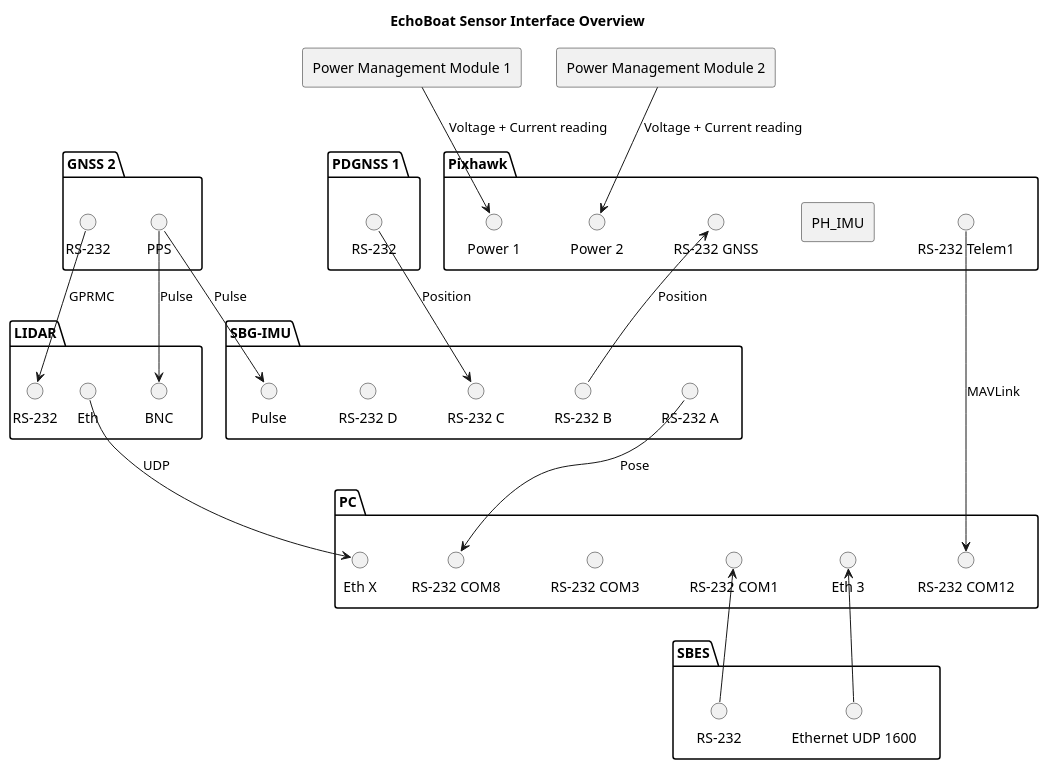
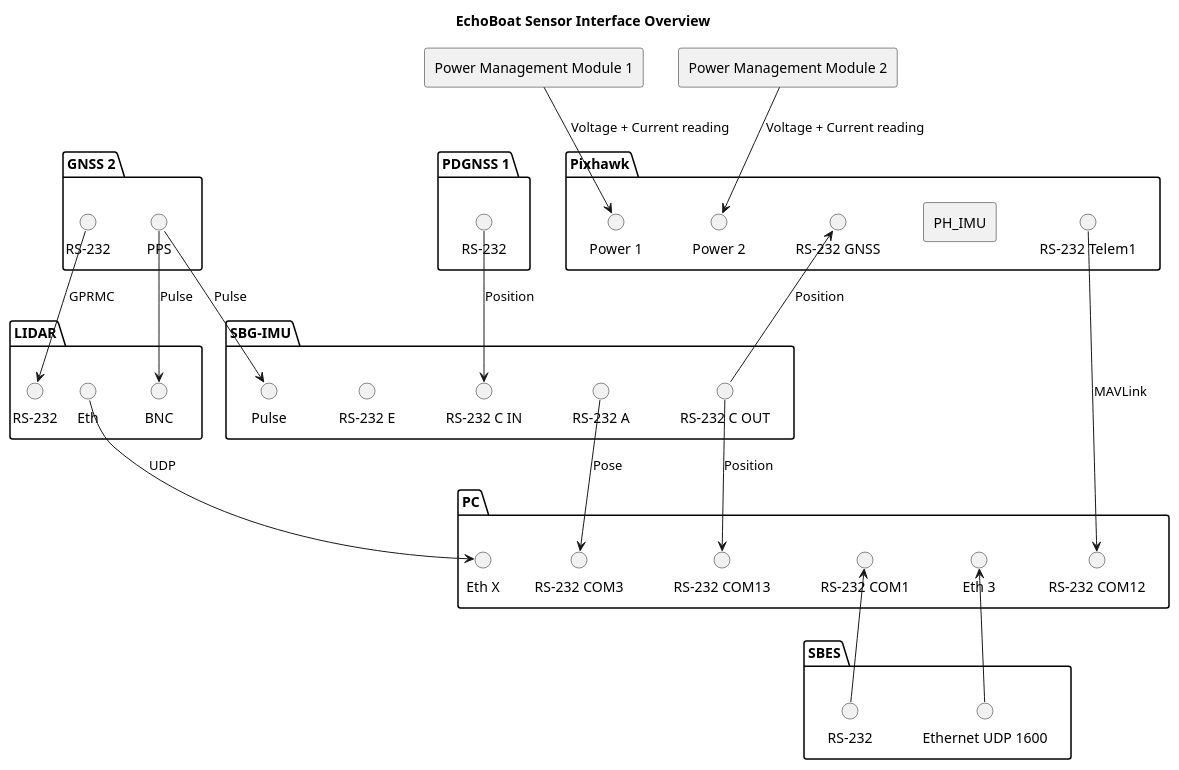
One commit to MalteBiermann/EchoBoat changed the diagram in schemes/overview/overview_sensor_interfaces.plantuml. Above: the diagram before and after it, drawn with PlantUML. The commit also changed 1 other file, not shown here.

```diff
--- a/schemes/overview/overview_sensor_interfaces.plantuml
+++ b/schemes/overview/overview_sensor_interfaces.plantuml
@@ -1,73 +1,74 @@
 @startuml
 title "EchoBoat Sensor Interface Overview"
 skinparam componentStyle rectangle
 ' skinparam linetype ortho
 
 package "SBES"{
     () "Ethernet UDP 1600" as SBESUDP
     () "RS-232" as SBESRS232
 }
 
 package "Pixhawk" {
     component "PH_IMU" as PHIMU
     () "RS-232 Telem1" as PHTelem1
     () "RS-232 GNSS" as PHGPS
     () "Power 1" as PHPM1
     () "Power 2" as PHPM2
 }
 
 package "PC" {
     () "RS-232 COM1" as PC1
     () "RS-232 COM3" as PC3
-    () "RS-232 COM8" as PC8
     () "RS-232 COM12" as PC12
+    () "RS-232 COM13" as PC13
     () "Eth 3" as PCETHER3
     () "Eth X" as PCETHERX
 }
 
 together {
     component "Power Management Module 1" as PM1
     component "Power Management Module 2" as PM2
 }
 
 package "PDGNSS 1" {
     () "RS-232" as GNSS
 }
 
 package "GNSS 2" {
     () "PPS" as PPS
     () "RS-232" as GPRMC
 }
 
 package "SBG-IMU" {
     () "RS-232 A" as SBGA
-    () "RS-232 B" as SBGB
-    () "RS-232 C" as SBGC
-    () "RS-232 D" as SBGD
+    () "RS-232 C IN" as SBGCIN
+    () "RS-232 C OUT" as SBGCOUT
+    () "RS-232 E" as SBGD
     () "Pulse" as SBGPPS
 }
 
 package "LIDAR" {
     () "Eth" as LIDARETH
     () "BNC" as LIDARPPS
     () "RS-232" as LIDARGPS
 }
 
 SBESUDP -up-> PCETHER3
 SBESRS232 -up-> PC1
 PHTelem1 -down-> PC12 : MAVLink
 PM1 -down-> PHPM1 : Voltage + Current reading
 PM2 -down-> PHPM2 : Voltage + Current reading
 
-SBGA -down-> PC8 : Pose
-SBGB -up-> PHGPS : Position
-GNSS -down-> SBGC : Position
+SBGA -down-> PC3 : Pose
+SBGCOUT -down-> PC13 : Position
+SBGCOUT -up-> PHGPS : Position
+GNSS -down-> SBGCIN : Position
 
 PPS -down-> LIDARPPS : Pulse
 PPS -down-> SBGPPS : Pulse
 GPRMC -> LIDARGPS : GPRMC
 
 LIDARETH -> PCETHERX: UDP
 
 ' hide @unlinked
 @enduml
```
